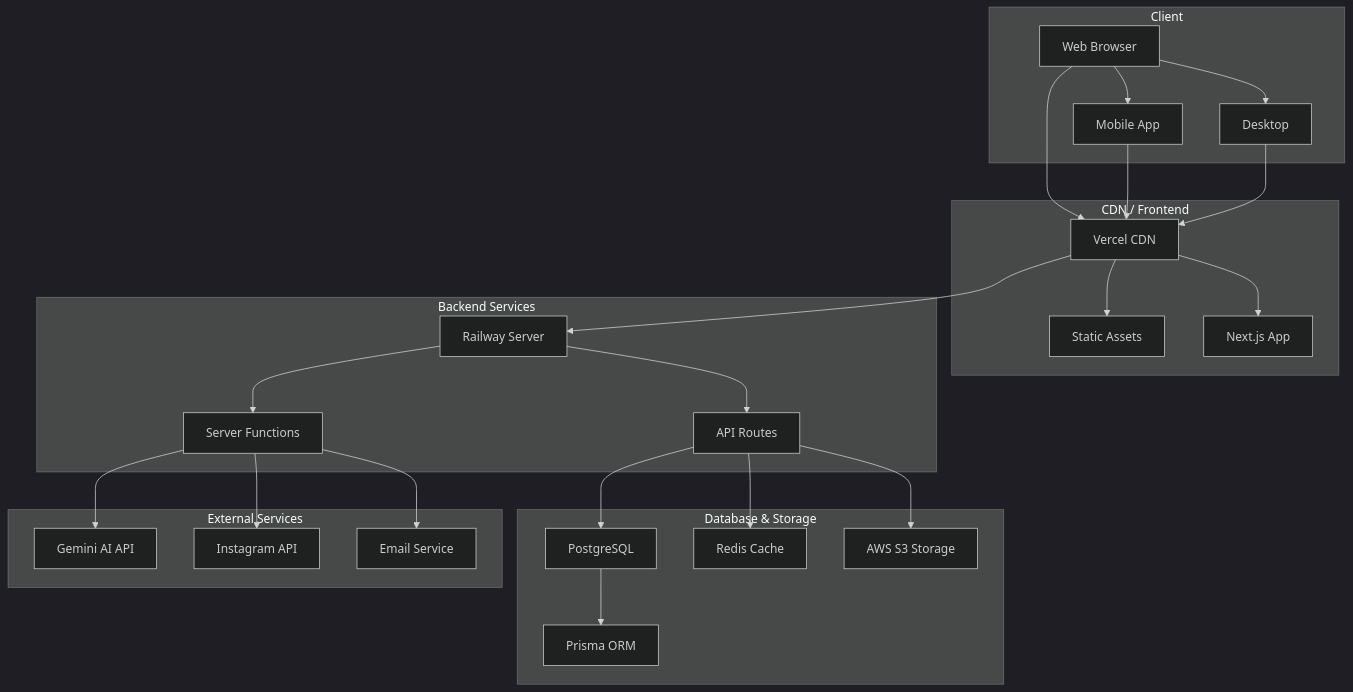
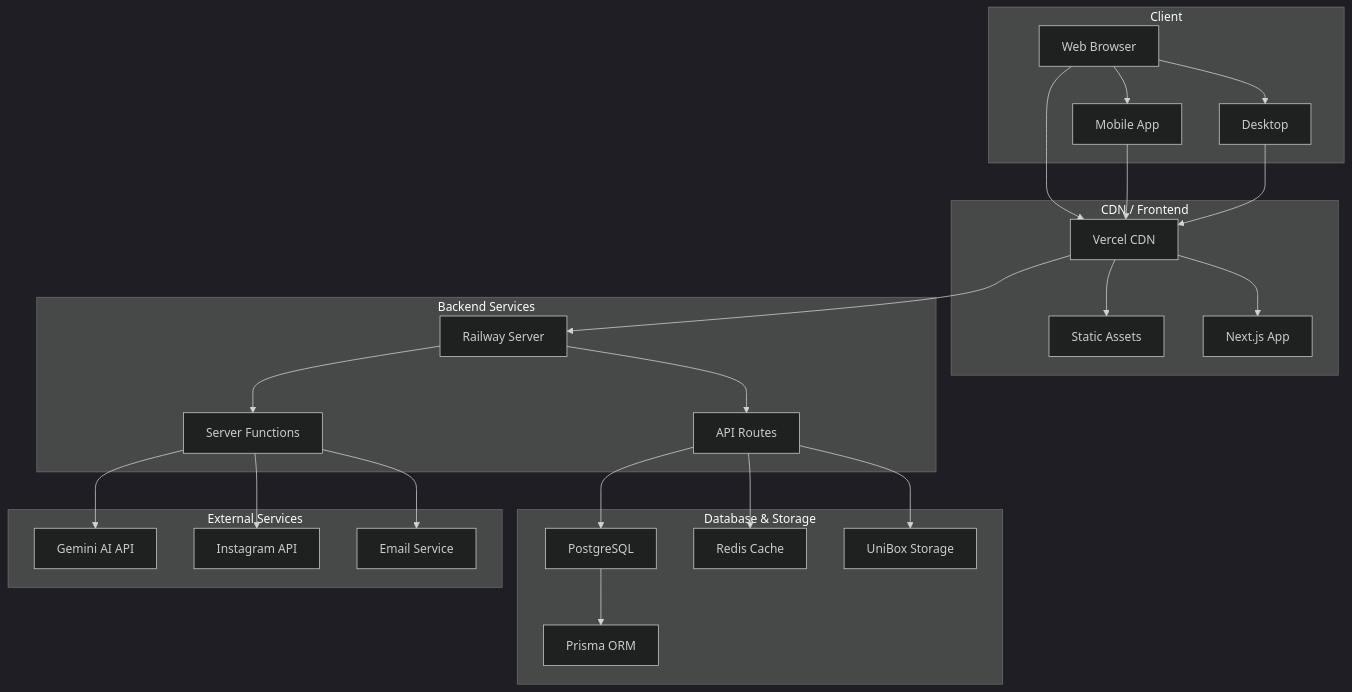
One commit to poojaroonwit/narinyland changed the fifth of 6 diagrams in ARCHITECTURE.md. Above: the diagram before and after it, drawn with Mermaid (dark theme). The commit also changed other lines of this file and 14 other files, not shown here.

````diff
--- a/ARCHITECTURE.md
+++ b/ARCHITECTURE.md
@@ -351,40 +351,40 @@
 ```mermaid
 graph TB
     subgraph "Client"
         A[Web Browser] --> B[Mobile App]
         A --> C[Desktop]
     end
     
     subgraph "CDN / Frontend"
         D[Vercel CDN] --> E[Static Assets]
         D --> F[Next.js App]
     end
     
     subgraph "Backend Services"
         G[Railway Server] --> H[API Routes]
         G --> I[Server Functions]
     end
     
     subgraph "Database & Storage"
         J[PostgreSQL] --> K[Prisma ORM]
         L[Redis Cache]
-        M[AWS S3 Storage]
+        M[UniBox Storage]
     end
     
     subgraph "External Services"
         N[Gemini AI API]
         O[Instagram API]
         P[Email Service]
     end
     
     A --> D
     B --> D
     C --> D
     D --> G
     H --> J
     H --> L
     H --> M
     I --> N
     I --> O
     I --> P
 ```
````
